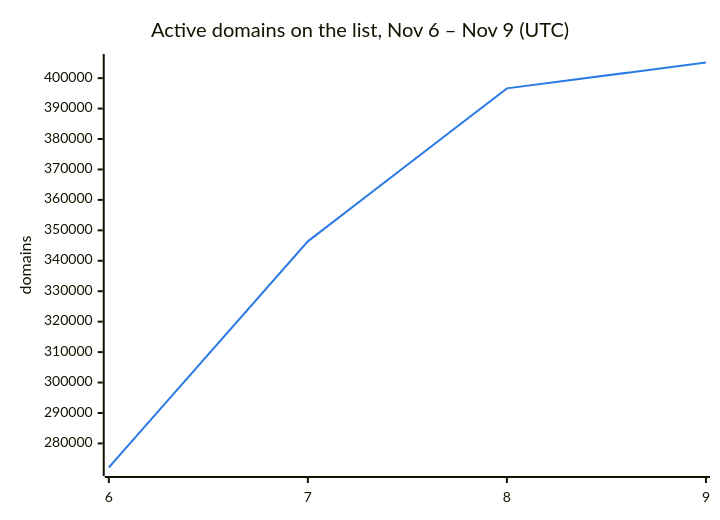
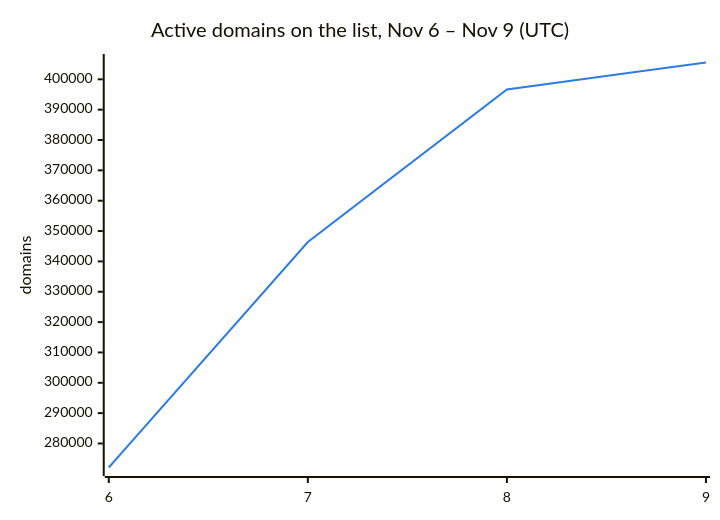
The second of 3 diagrams in README.md (DNSBunker/CTI), drawn with Mermaid before and after one commit. The commit also changed other lines of this file and 3 other files, not shown here.

````diff
--- a/README.md
+++ b/README.md
@@ -38,8 +38,8 @@
 ```mermaid
 %%{init: {"themeVariables": {"xyChart": {"plotColorPalette": "#2c7be5"}}}}%%
 xychart-beta
     title "Active domains on the list, Nov 6 – Nov 9 (UTC)"
     x-axis ["6", "7", "8", "9"]
     y-axis "domains"
-    line [272088, 346388, 396638, 405139]
+    line [272088, 346388, 396638, 405538]
 ```
````
